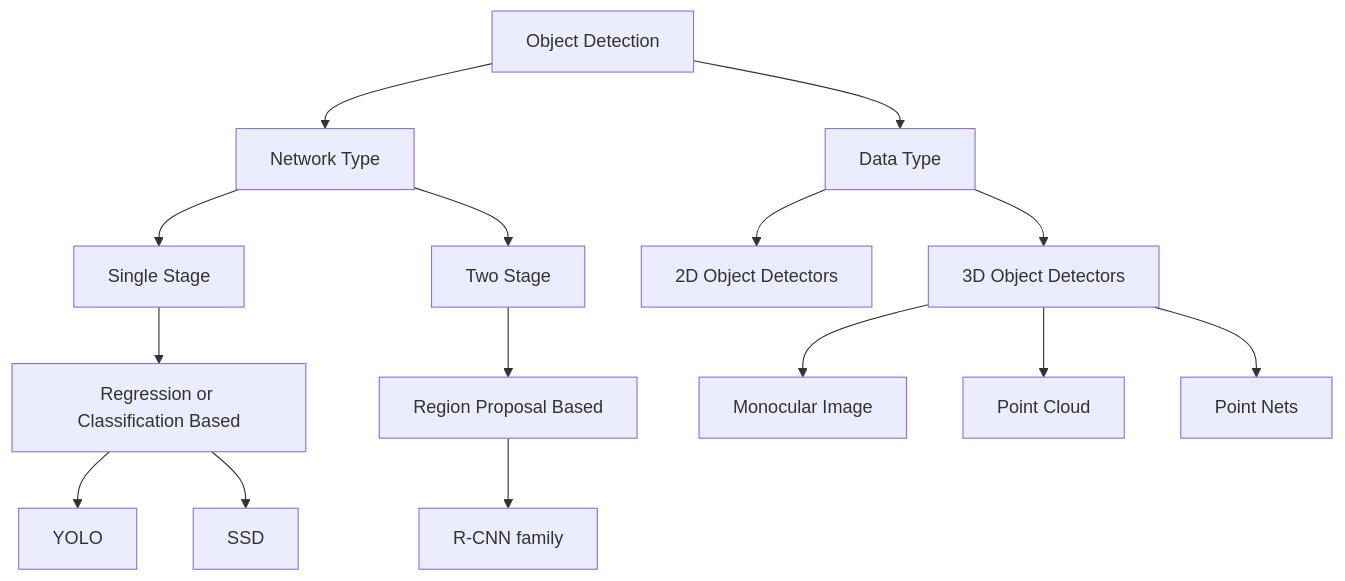
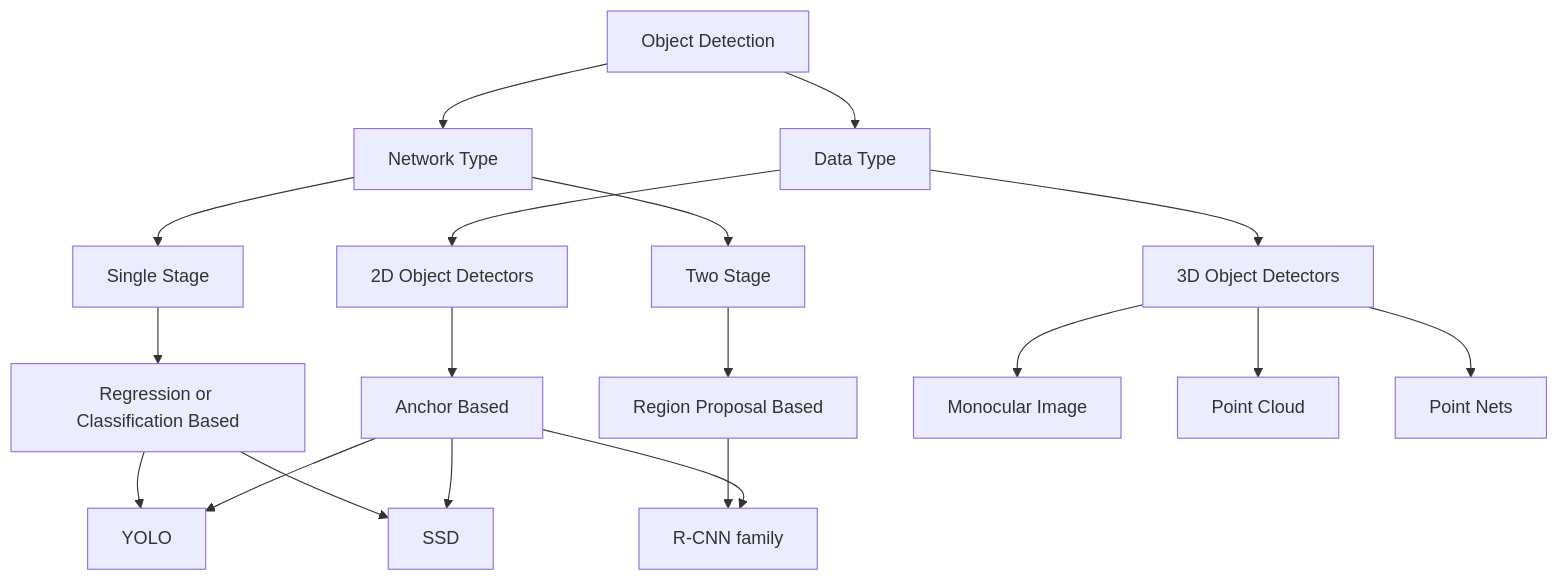
One commit to gracefullight/gracefullight.github.io changed the diagram in blog/2026/04/21/cnn-008.md. Above: the diagram before and after it, drawn with Mermaid.

Commit message:
feat: ✨ add anchor-based object detection methods to taxonomy section

````diff
--- a/blog/2026/04/21/cnn-008.md
+++ b/blog/2026/04/21/cnn-008.md
@@ -62,18 +62,22 @@
 ```mermaid
 graph TB
    OD[Object Detection] --> NetworkTypes[Network Type]
      NetworkTypes --> SingleStage[Single Stage]
        SingleStage --> Regression_Classification[Regression or Classification Based]
          Regression_Classification --> YOLO[YOLO]
          Regression_Classification --> SSD[SSD]
      NetworkTypes --> TwoStage[Two Stage]
        TwoStage --> RegionProposalBased[Region Proposal Based]
          RegionProposalBased --> R_CNN[R-CNN family]
 
    OD --> DataTypes[Data Type]
      DataTypes --> 2D_ObjectDetectors[2D Object Detectors]
+       2D_ObjectDetectors --> AnchorBased[Anchor Based]
+         AnchorBased --> YOLO[YOLO]
+         AnchorBased --> SSD[SSD]
+         AnchorBased --> R_CNN[R-CNN family]
      DataTypes --> 3D_ObjectDetectors[3D Object Detectors]
        3D_ObjectDetectors --> MonocularImage[Monocular Image]
        3D_ObjectDetectors --> PointCloud[Point Cloud]
        3D_ObjectDetectors --> PointNets[Point Nets]
 ```
````
